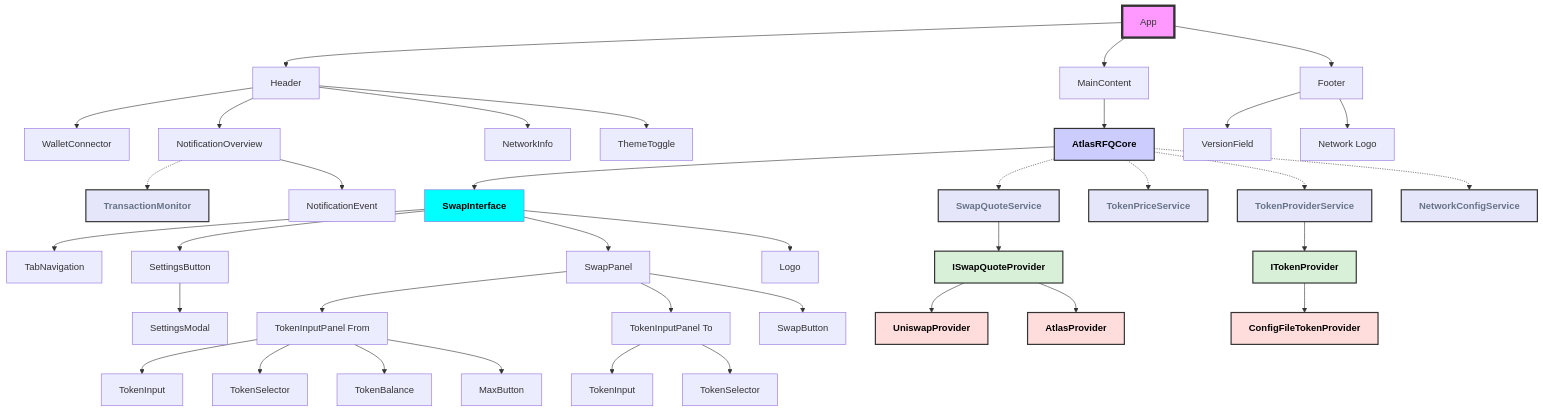
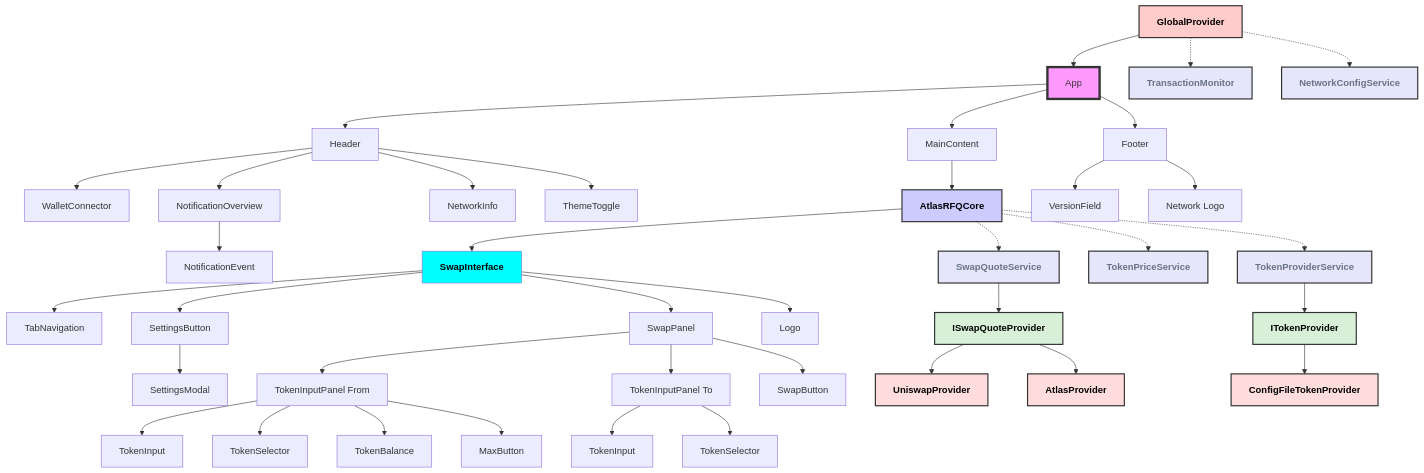
One commit to FastLane-Labs/shMonad-frontend changed the diagram in docs/overview.md. Above: the diagram before and after it, drawn with Mermaid. The commit also changed other lines of this file, not shown here.

Commit message:
docs: introduce a globalProvider

````diff
--- a/docs/overview.md
+++ b/docs/overview.md
@@ -41,15 +41,17 @@
 ```mermaid
 graph TD
-    A[App] --> B[Header]
+    GP[GlobalProvider] --> A[App]
+    A --> B[Header]
     A --> C[MainContent]
     A --> D[Footer]
+    GP -.-> U[TransactionMonitor]
+    GP -.-> DD[NetworkConfigService]
 
     B --> E[WalletConnector]
     B --> F[NotificationOverview]
     B --> H[NetworkInfo]
     B --> I[ThemeToggle]
 
-    F -.-> U[TransactionMonitor]
     F --> T[NotificationEvent]
 
     C --> G[AtlasRFQCore]
@@ -58,7 +60,6 @@
     G -.-> V[SwapQuoteService]
     G -.-> W[TokenPriceService]
     G -.-> R[TokenProviderService]
-    G -.-> DD[NetworkConfigService]
 
     J --> L[TabNavigation]
     J --> M[SwapPanel]
@@ -89,6 +90,7 @@
     D --> CC[Network Logo]
 
     style A fill:#f9f,stroke:#333,stroke-width:4px
+    style GP fill:#ffcccc,stroke:#333,stroke-width:2px
     style G fill:#ccf,stroke:#333,stroke-width:2px
     style V fill:#e6e6fa,stroke:#333,stroke-width:2px
     style W fill:#e6e6fa,stroke:#333,stroke-width:2px
@@ -115,4 +117,7 @@
 
     classDef serviceText fill:#eef075,color:#677387,font-weight:bold
     class V,W,R,U,DD serviceText
+
+    classDef globalProviderText fill:#ffcccc,color:#000000,font-weight:bold
+    class GP globalProviderText
 ```
````
